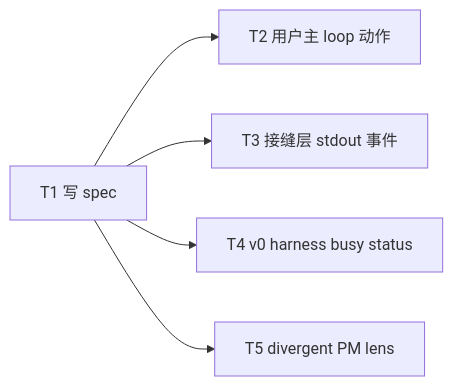
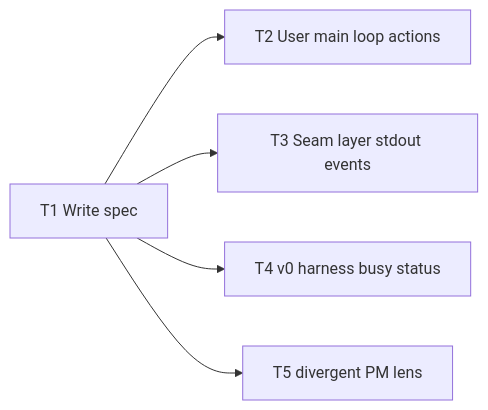
Before and after one commit to Curry09/AHE-Beta: the diagram in docs/specs/0035-stdout-visible-harness-state.md, drawn with Mermaid. The commit also changed other lines of this file and 531 other files, not shown here.

````diff
--- a/docs/specs/0035-stdout-visible-harness-state.md
+++ b/docs/specs/0035-stdout-visible-harness-state.md
@@ -263,12 +263,12 @@
 ```mermaid
 graph LR
-  T1[T1 写 spec]
-  T2[T2 用户主 loop 动作]
-  T3[T3 接缝层 stdout 事件]
+  T1[T1 Write spec]
+  T2[T2 User main loop actions]
+  T3[T3 Seam layer stdout events]
   T4[T4 v0 harness busy status]
   T5[T5 divergent PM lens]
   T1 --> T2
   T1 --> T3
   T1 --> T4
   T1 --> T5
 ```
````
